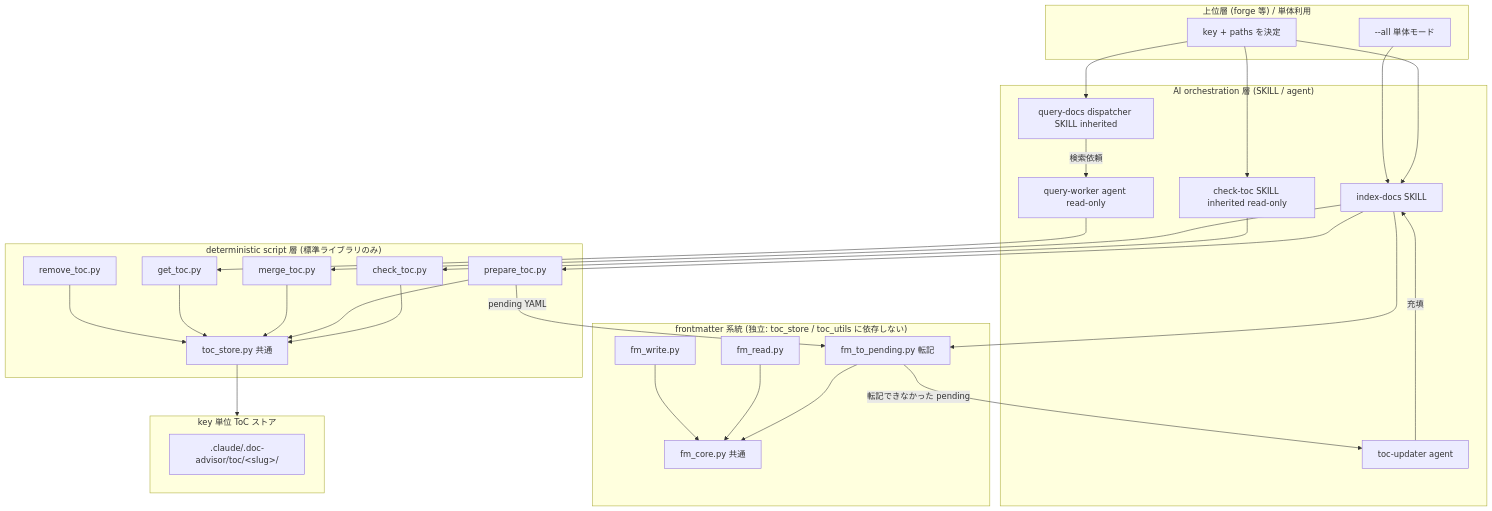
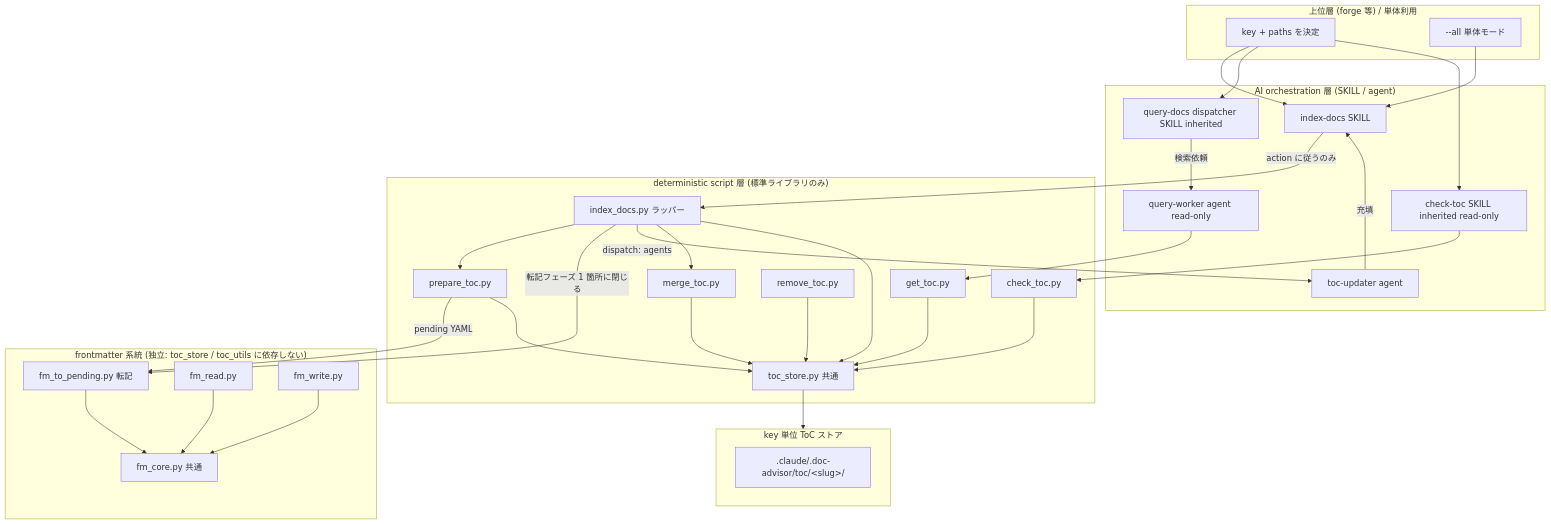
One commit to BlueEventHorizon/DocAdvisor-CC changed the first of 7 diagrams in docs/specs/base/design/DES-005_toc_generation_flow.md. Above: the diagram before and after it, drawn with Mermaid. The commit also changed other lines of this file and 8 other files, not shown here.

````diff
--- a/docs/specs/base/design/DES-005_toc_generation_flow.md
+++ b/docs/specs/base/design/DES-005_toc_generation_flow.md
@@ -65,58 +65,61 @@
 ```mermaid
 flowchart TB
     subgraph Upper["上位層 (forge 等) / 単体利用"]
         U1[key + paths を決定]
         U2[--all 単体モード]
     end
 
     subgraph AI["AI orchestration 層 (SKILL / agent)"]
         S1[index-docs SKILL]
         S2[query-docs dispatcher SKILL inherited]
         S3[check-toc SKILL inherited read-only]
         A1[toc-updater agent]
         A2[query-worker agent read-only]
     end
 
     subgraph Det["deterministic script 層 (標準ライブラリのみ)"]
+        W1[index_docs.py ラッパー]
         P1[prepare_toc.py]
         P2[merge_toc.py]
         P3[get_toc.py]
         P4[remove_toc.py]
         P5[check_toc.py]
         C1[toc_store.py 共通]
     end
 
     subgraph FM["frontmatter 系統 (独立: toc_store / toc_utils に依存しない)"]
         F1[fm_to_pending.py 転記]
         F2[fm_read.py]
         F3[fm_write.py]
         F0[fm_core.py 共通]
     end
 
     subgraph Store["key 単位 ToC ストア"]
         ST[.claude/.doc-advisor/toc/&lt;slug&gt;/]
     end
 
     U1 --> S1
     U2 --> S1
     U1 --> S2
     U1 --> S3
     S3 --> P5
     P5 --> C1
-    S1 --> P1
-    S1 --> F1
+    S1 -->|action に従うのみ| W1
+    W1 --> P1
+    W1 -->|転記フェーズ 1 箇所に閉じる| F1
     P1 -->|pending YAML| F1
-    F1 -->|転記できなかった pending| A1
+    W1 -->|dispatch: agents| A1
     F1 --> F0
     F2 --> F0
     F3 --> F0
     A1 -->|充填| S1
-    S1 --> P2
+    W1 --> P2
+    W1 --> C1
     S2 -->|検索依頼| A2
     A2 --> P3
     P1 --> C1
     P2 --> C1
     P3 --> C1
     P4 --> C1
     C1 --> Store
 ```
````
